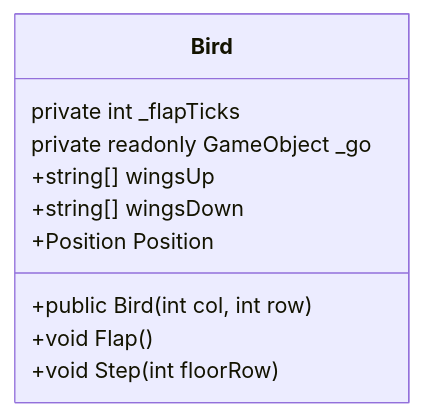
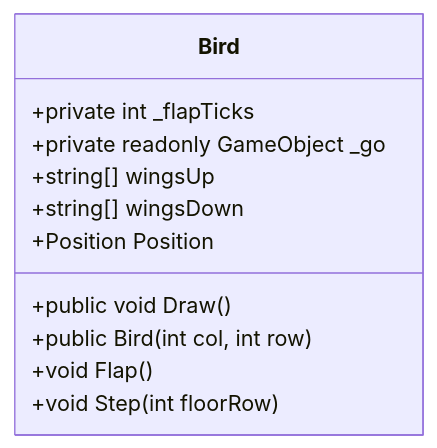
One commit to NexusWeave/MVP-FlappyBird-cs changed the third of 7 diagrams in dokumentasjon/diagram/klasse-diagram.md. Above: the diagram before and after it, drawn with Mermaid. The commit also changed other lines of this file, not shown here.

Commit message:
Update klasse-diagram.md to enhance class definitions and methods

````diff
--- a/dokumentasjon/diagram/klasse-diagram.md
+++ b/dokumentasjon/diagram/klasse-diagram.md
@@ -31,19 +31,20 @@
 ```mermaid
     classDiagram
         direction TD
 
     class Bird {
-        private int _flapTicks
-        private readonly GameObject _go
+        +private int _flapTicks
+        +private readonly GameObject _go
 
         +string[] wingsUp
         +string[] wingsDown
 
+        +public void Draw()
         +public Bird(int col, int row)
 
         +Position Position
 
         +void Flap()
         +void Step(int floorRow)
     }
 ```
````
